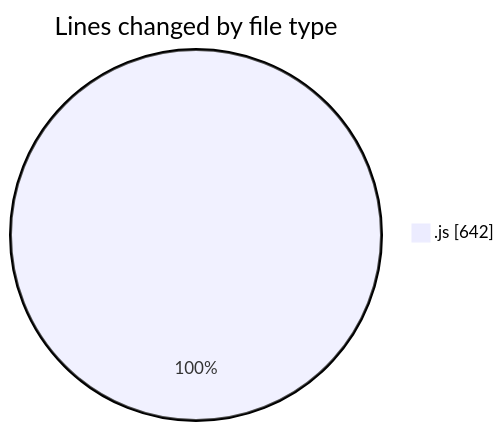
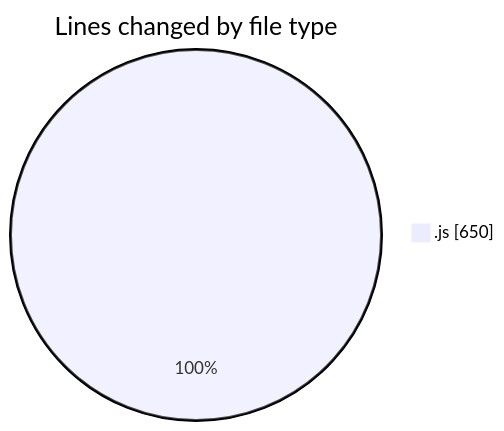
The first of 2 diagrams in 2025-06-20/nxtqube_webapp/README.md (nxtqubesakshisongat/code-tracking), drawn with Mermaid before and after one commit. The commit also changed other lines of this file and 1 other file, not shown here.

````diff
--- a/2025-06-20/nxtqube_webapp/README.md
+++ b/2025-06-20/nxtqube_webapp/README.md
@@ -29,5 +29,5 @@
 ```mermaid
 pie showData
 title Lines changed by file type
-".js" : 642
+".js" : 650
 ```
````
